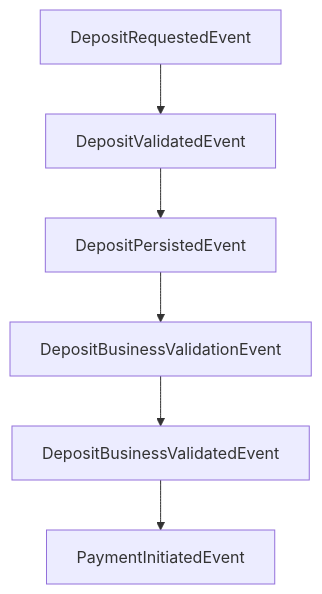
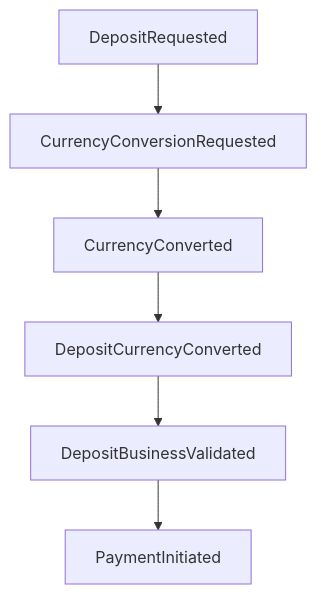
One commit to amirasaad/fintech changed the first of 3 diagrams in docs/architecture.md. Above: the diagram before and after it, drawn with Mermaid. The commit also changed other lines of this file and 161 other files, not shown here.

````diff
--- a/docs/architecture.md
+++ b/docs/architecture.md
@@ -33,8 +34,8 @@
 ```mermaid
 graph TD
-    A[DepositRequestedEvent] --> B[DepositValidatedEvent]
-    B --> C[DepositPersistedEvent]
-    C --> D[DepositBusinessValidationEvent]
-    D --> E[DepositBusinessValidatedEvent]
-    E --> F[PaymentInitiatedEvent]
+    A[DepositRequested] --> B[CurrencyConversionRequested]
+    B --> C[CurrencyConverted]
+    C --> D[DepositCurrencyConverted]
+    D --> E[DepositBusinessValidated]
+    E --> F[PaymentInitiated]
 ```
````
